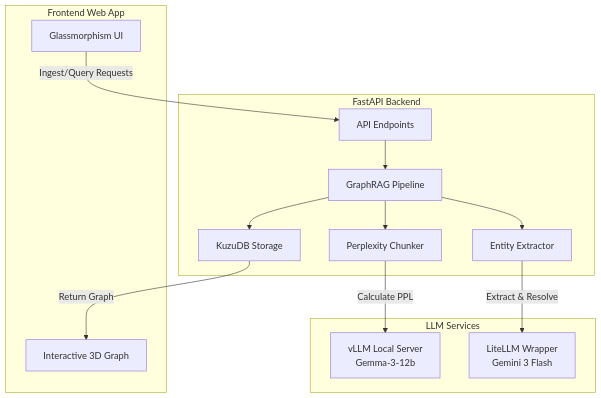
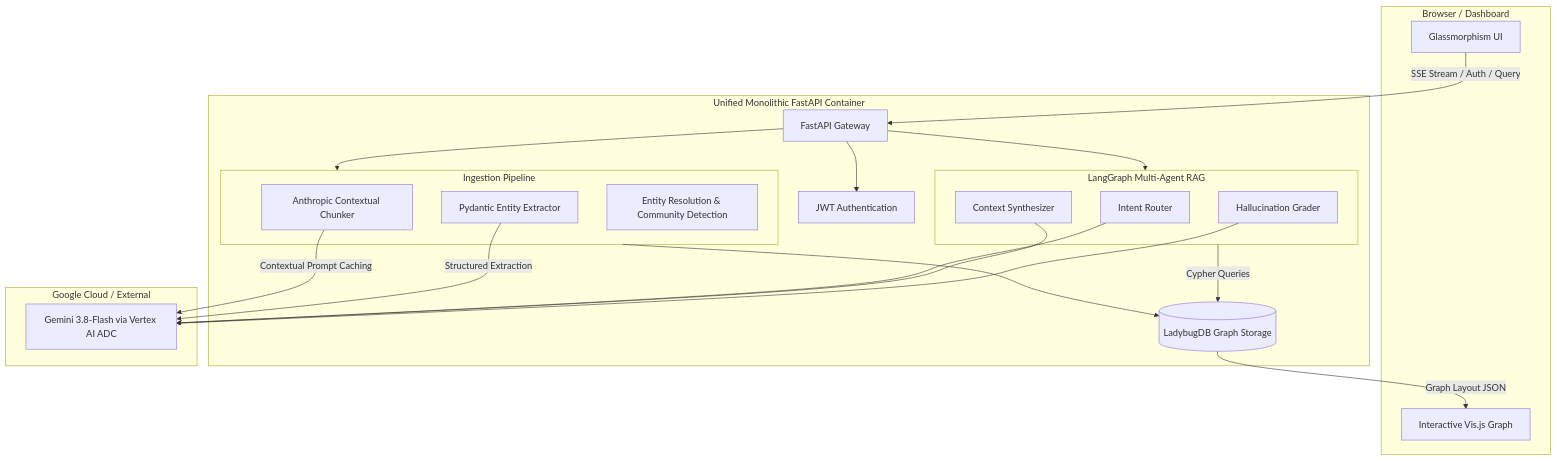
One commit to k0y0min/graphrag changed the diagram in README.md. Above: the diagram before and after it, drawn with Mermaid. The commit also changed other lines of this file and 11 other files, not shown here.

Commit message:
refactor: purge dead vLLM/ingestion remnants, enforce Gemini 3.8-Flash, and update README

````diff
--- a/README.md
+++ b/README.md
@@ -41,31 +44,46 @@
 ```mermaid
 graph TD
-    subgraph Frontend [Frontend Web App]
+    subgraph Client [Browser / Dashboard]
         UI[Glassmorphism UI]
-        Vis[Interactive 3D Graph]
+        Vis[Interactive Vis.js Graph]
     end
 
-    subgraph Backend [FastAPI Backend]
-        API[API Endpoints]
-        Pipe[GraphRAG Pipeline]
-        Chunker[Perplexity Chunker]
-        Extractor[Entity Extractor]
-        Storage[KuzuDB Storage]
+    subgraph Container [Unified Monolithic FastAPI Container]
+        API[FastAPI Gateway]
+        Auth[JWT Authentication]
+        
+        subgraph Pipeline [Ingestion Pipeline]
+            Chunker[Anthropic Contextual Chunker]
+            Extractor[Pydantic Entity Extractor]
+            Resolver[Entity Resolution & Community Detection]
+        end
+        
+        subgraph LangGraph_Engine [LangGraph Multi-Agent RAG]
+            Router[Intent Router]
+            Synthesizer[Context Synthesizer]
+            Grader[Hallucination Grader]
+        end
+        
+        DB[(LadybugDB Graph Storage)]
     end
 
-    subgraph LLM_Services [LLM Services]
-        vLLM[vLLM Local Server<br/>Gemma-3-12b]
-        LiteLLM[LiteLLM Wrapper<br/>Gemini 3 Flash]
+    subgraph Cloud [Google Cloud / External]
+        Gemini[Gemini 3.8-Flash via Vertex AI ADC]
     end
 
-    UI -->|Ingest/Query Requests| API
-    API --> Pipe
-    Pipe --> Chunker
-    Pipe --> Extractor
-    Pipe --> Storage
-
-    Chunker -->|Calculate PPL| vLLM
-    Extractor -->|Extract & Resolve| LiteLLM
+    UI -->|SSE Stream / Auth / Query| API
+    API --> Auth
+    API --> Pipeline
+    API --> LangGraph_Engine
     
-    Storage -->|Return Graph| Vis
+    Chunker -->|Contextual Prompt Caching| Gemini
+    Extractor -->|Structured Extraction| Gemini
+    Pipeline --> DB
+    
+    LangGraph_Engine -->|Cypher Queries| DB
+    Router --> Gemini
+    Synthesizer --> Gemini
+    Grader --> Gemini
+    
+    DB -->|Graph Layout JSON| Vis
 ```
````
